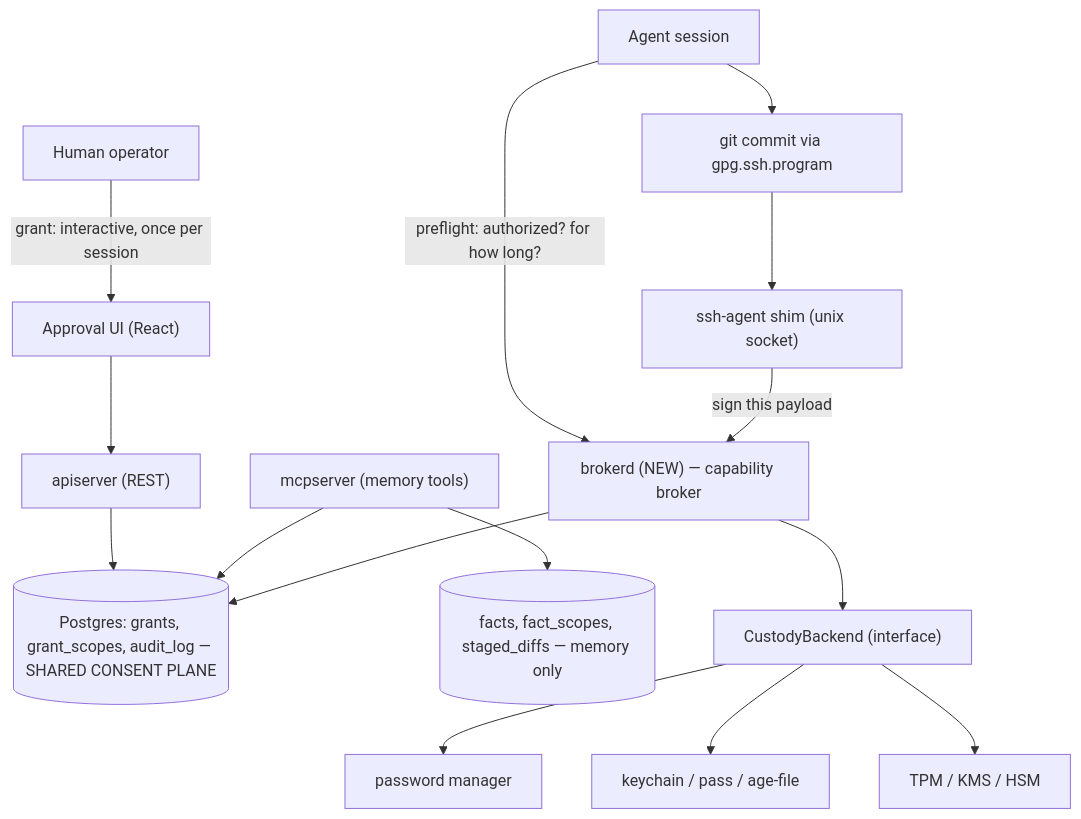
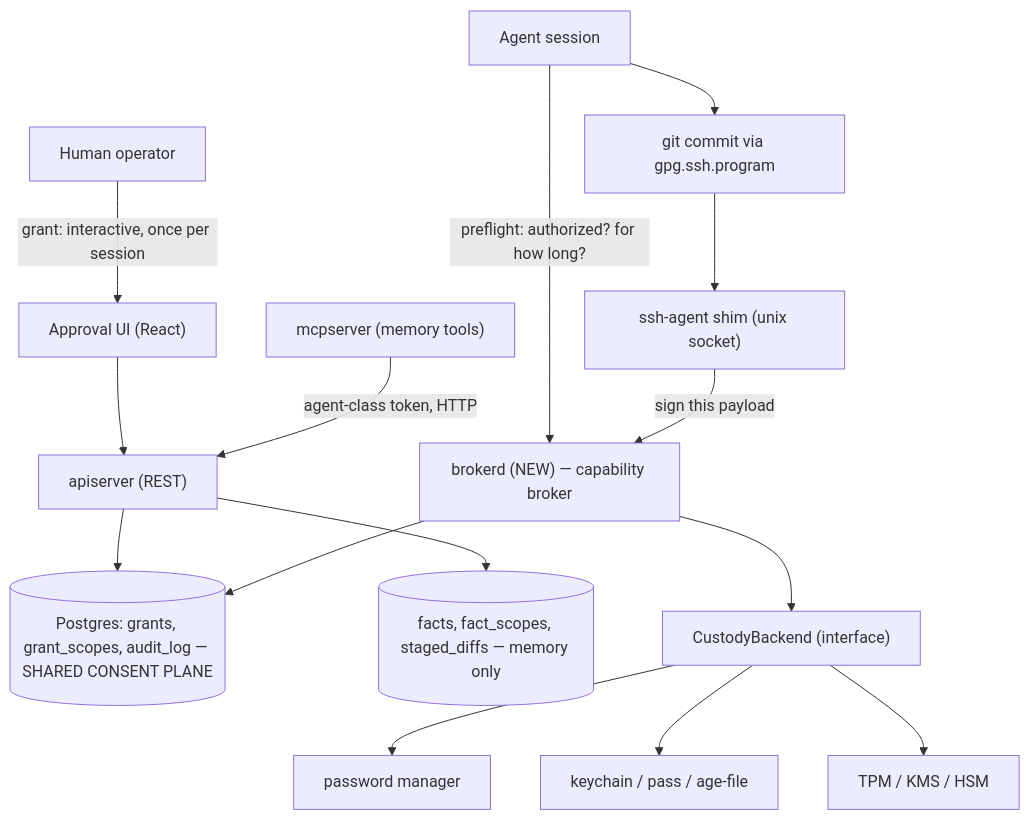
The diagram in docs/capability-broker.md (abradner/chuvar), drawn with Mermaid before and after one commit. The commit also changed other lines of this file and 3 other files, not shown here.

````diff
--- a/docs/capability-broker.md
+++ b/docs/capability-broker.md
@@ -167,32 +168,32 @@
 ```mermaid
 flowchart TB
   Human["Human operator"]
   UI["Approval UI (React)"]
   API["apiserver (REST)"]
   MCP["mcpserver (memory tools)"]
   DB[("Postgres: grants, grant_scopes, audit_log — SHARED CONSENT PLANE")]
   FACTS[("facts, fact_scopes, staged_diffs — memory only")]
   BROKER["brokerd (NEW) — capability broker"]
   SHIM["ssh-agent shim (unix socket)"]
   GIT["git commit via gpg.ssh.program"]
   AGENT["Agent session"]
   CUSTODY["CustodyBackend (interface)"]
   OP["password manager"]
   KC["keychain / pass / age-file"]
   HW["TPM / KMS / HSM"]
 
   Human -->|"grant: interactive, once per session"| UI
   UI --> API
   API --> DB
-  MCP --> DB
-  MCP --> FACTS
+  API --> FACTS
+  MCP -->|"agent-class token, HTTP"| API
   BROKER --> DB
   BROKER --> CUSTODY
   CUSTODY --> OP
   CUSTODY --> KC
   CUSTODY --> HW
   AGENT -->|"preflight: authorized? for how long?"| BROKER
   AGENT --> GIT
   GIT --> SHIM
   SHIM -->|"sign this payload"| BROKER
 ```
````
